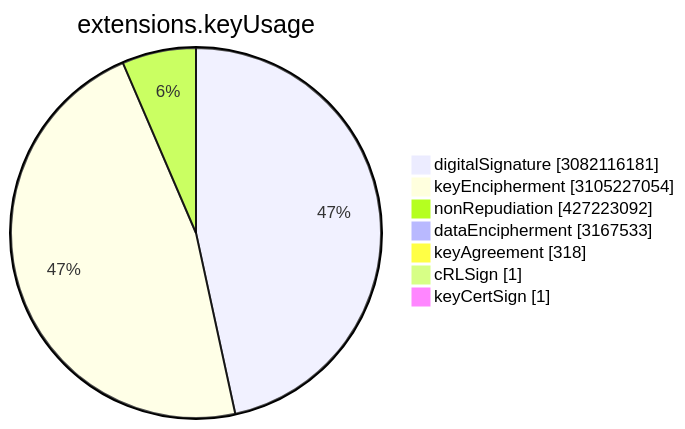
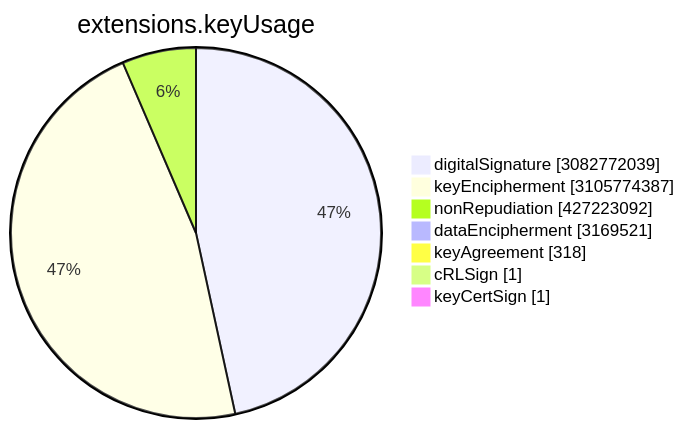
Before and after one commit to christiankrug/ctmonitor_visualization: the sixth of 15 diagrams in TOTAL/README.md, drawn with Mermaid. The commit also changed other lines of this file, not shown here.

````diff
--- a/TOTAL/README.md
+++ b/TOTAL/README.md
@@ -3075,11 +3075,11 @@
 ```mermaid
 pie showData
 title extensions.keyUsage
-"digitalSignature" :3082116181
-"keyEncipherment" :3105227054
+"digitalSignature" :3082772039
+"keyEncipherment" :3105774387
 "nonRepudiation" :427223092
-"dataEncipherment" :3167533
+"dataEncipherment" :3169521
 "keyAgreement" :318
 "cRLSign" :1
 "keyCertSign" :1
 ```
````
